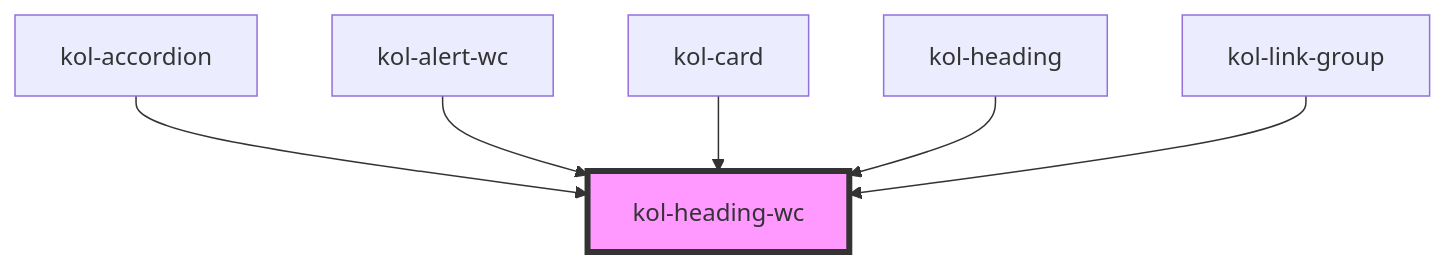
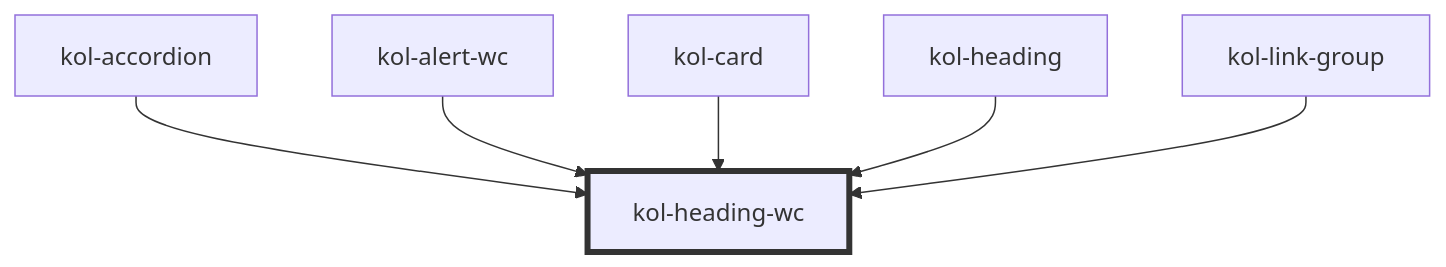
One commit to public-ui/kolibri changed the diagram in packages/components/src/components/heading/readme.md. Above: the diagram before and after it, drawn with Mermaid. The commit also changed 372 other files, not shown here.

````diff
--- a/packages/components/src/components/heading/readme.md
+++ b/packages/components/src/components/heading/readme.md
@@ -64,9 +64,9 @@
 ```mermaid
 graph TD;
   kol-accordion --> kol-heading-wc
   kol-alert-wc --> kol-heading-wc
   kol-card --> kol-heading-wc
   kol-heading --> kol-heading-wc
   kol-link-group --> kol-heading-wc
-  style kol-heading-wc fill:#f9f,stroke:#333,stroke-width:4px
+  style kol-heading-wc stroke:#333,stroke-width:4px
 ```
````
